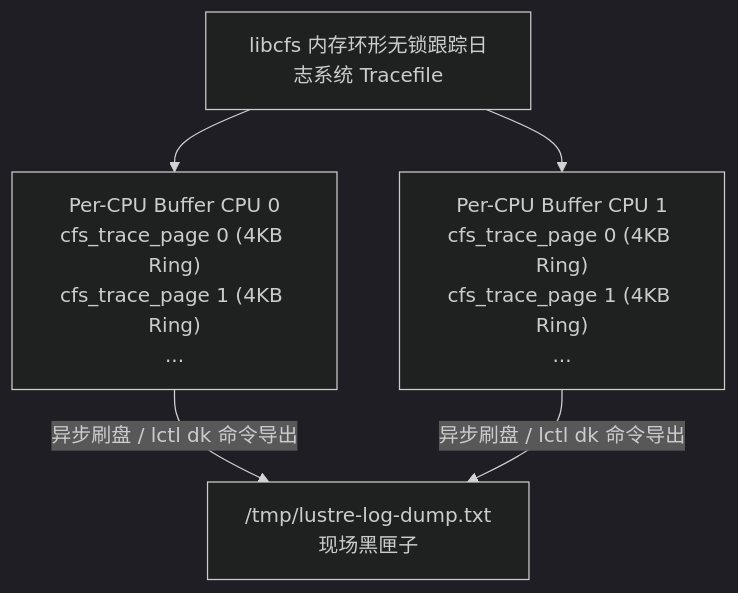
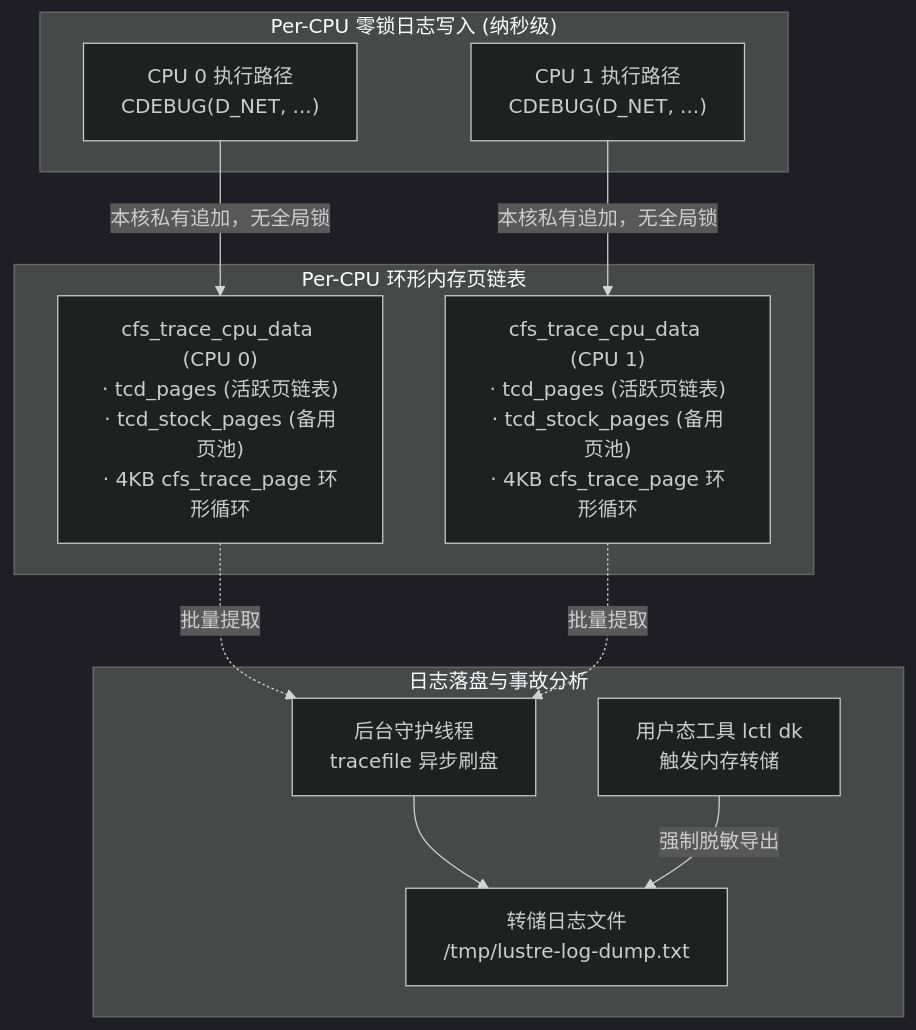
Before and after one commit to lilinji/lustre-book: the fourth of 5 diagrams in part-01-foundation/01-libcfs.md, drawn with Mermaid (dark theme). The commit also changed other lines of this file and 227 other files, not shown here.

First line of the commit message:
feat: complete 29-chapter rewrite with 75 diagrams and new GPT-style white book cover

````diff
--- a/part-01-foundation/01-libcfs.md
+++ b/part-01-foundation/01-libcfs.md
@@ -127,8 +191,25 @@
 ```mermaid
 flowchart TD
-    TF["libcfs 内存环形无锁跟踪日志系统 Tracefile"]
-    TF --> C0["Per-CPU Buffer CPU 0<br/>cfs_trace_page 0 (4KB Ring)<br/>cfs_trace_page 1 (4KB Ring)<br/>..."]
-    TF --> C1["Per-CPU Buffer CPU 1<br/>cfs_trace_page 0 (4KB Ring)<br/>cfs_trace_page 1 (4KB Ring)<br/>..."]
-    C0 -->|"异步刷盘 / lctl dk 命令导出"| DUMP["/tmp/lustre-log-dump.txt<br/>现场黑匣子"]
-    C1 -->|"异步刷盘 / lctl dk 命令导出"| DUMP
+    subgraph Writers ["Per-CPU 零锁日志写入 (纳秒级)"]
+        CPU0["CPU 0 执行路径<br/>CDEBUG(D_NET, ...)"]
+        CPU1["CPU 1 执行路径<br/>CDEBUG(D_NET, ...)"]
+    end
+
+    subgraph PerCPU_Buffers ["Per-CPU 环形内存页链表"]
+        TCD0["cfs_trace_cpu_data (CPU 0)<br/>· tcd_pages (活跃页链表)<br/>· tcd_stock_pages (备用页池)<br/>· 4KB cfs_trace_page 环形循环"]
+        TCD1["cfs_trace_cpu_data (CPU 1)<br/>· tcd_pages (活跃页链表)<br/>· tcd_stock_pages (备用页池)<br/>· 4KB cfs_trace_page 环形循环"]
+    end
+
+    subgraph Export ["日志落盘与事故分析"]
+        DAEMON["后台守护线程<br/>tracefile 异步刷盘"]
+        LCTL["用户态工具 lctl dk<br/>触发内存转储"]
+        DISK["转储日志文件<br/>/tmp/lustre-log-dump.txt"]
+    end
+
+    CPU0 -->|本核私有追加，无全局锁| TCD0
+    CPU1 -->|本核私有追加，无全局锁| TCD1
+    TCD0 -.->|批量提取| DAEMON
+    TCD1 -.->|批量提取| DAEMON
+    DAEMON --> DISK
+    LCTL -->|强制脱敏导出| DISK
 ```
````
